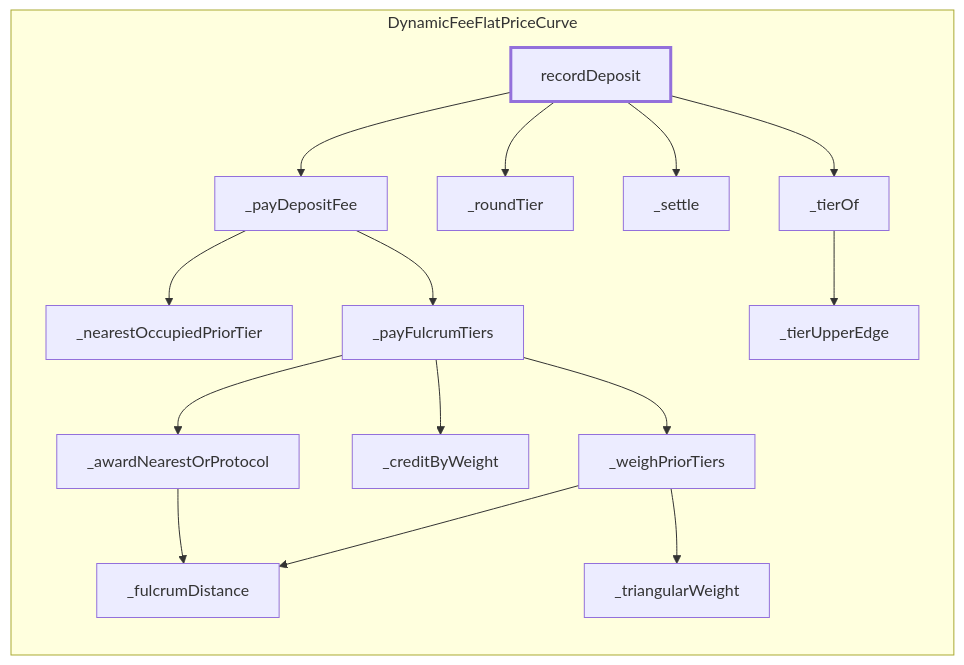
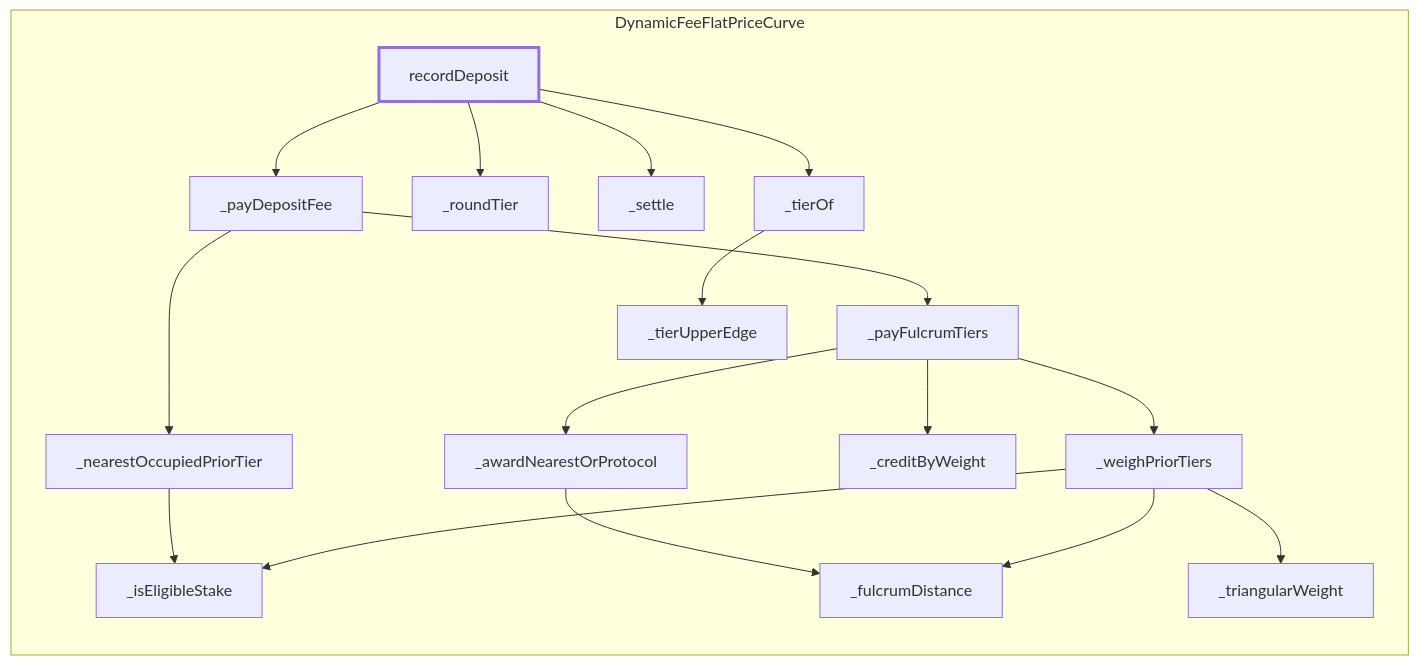
Before and after one commit to 0xIntuition/intuition-contracts-v2: the diagram in docs/call-flows/generated/curve-record-deposit.md, drawn with Mermaid. The commit also changed other lines of this file and 18 other files, not shown here.

Commit message:
docs: make published call-flow and safe-batch material self-contained

````diff
--- a/docs/call-flows/generated/curve-record-deposit.md
+++ b/docs/call-flows/generated/curve-record-deposit.md
@@ -12,32 +11,35 @@
 ```mermaid
 flowchart LR
   subgraph DynamicFeeFlatPriceCurve["DynamicFeeFlatPriceCurve"]
     DynamicFeeFlatPriceCurve__awardNearestOrProtocol["_awardNearestOrProtocol"]
     DynamicFeeFlatPriceCurve__creditByWeight["_creditByWeight"]
     DynamicFeeFlatPriceCurve__fulcrumDistance["_fulcrumDistance"]
+    DynamicFeeFlatPriceCurve__isEligibleStake["_isEligibleStake"]
     DynamicFeeFlatPriceCurve__nearestOccupiedPriorTier["_nearestOccupiedPriorTier"]
     DynamicFeeFlatPriceCurve__payDepositFee["_payDepositFee"]
     DynamicFeeFlatPriceCurve__payFulcrumTiers["_payFulcrumTiers"]
     DynamicFeeFlatPriceCurve__roundTier["_roundTier"]
     DynamicFeeFlatPriceCurve__settle["_settle"]
     DynamicFeeFlatPriceCurve__tierOf["_tierOf"]
     DynamicFeeFlatPriceCurve__tierUpperEdge["_tierUpperEdge"]
     DynamicFeeFlatPriceCurve__triangularWeight["_triangularWeight"]
     DynamicFeeFlatPriceCurve__weighPriorTiers["_weighPriorTiers"]
     DynamicFeeFlatPriceCurve_recordDeposit["recordDeposit"]
   end
   DynamicFeeFlatPriceCurve_recordDeposit --> DynamicFeeFlatPriceCurve__payDepositFee
   DynamicFeeFlatPriceCurve_recordDeposit --> DynamicFeeFlatPriceCurve__roundTier
   DynamicFeeFlatPriceCurve_recordDeposit --> DynamicFeeFlatPriceCurve__settle
   DynamicFeeFlatPriceCurve_recordDeposit --> DynamicFeeFlatPriceCurve__tierOf
   DynamicFeeFlatPriceCurve__payDepositFee --> DynamicFeeFlatPriceCurve__nearestOccupiedPriorTier
   DynamicFeeFlatPriceCurve__payDepositFee --> DynamicFeeFlatPriceCurve__payFulcrumTiers
   DynamicFeeFlatPriceCurve__tierOf --> DynamicFeeFlatPriceCurve__tierUpperEdge
+  DynamicFeeFlatPriceCurve__nearestOccupiedPriorTier --> DynamicFeeFlatPriceCurve__isEligibleStake
   DynamicFeeFlatPriceCurve__payFulcrumTiers --> DynamicFeeFlatPriceCurve__awardNearestOrProtocol
   DynamicFeeFlatPriceCurve__payFulcrumTiers --> DynamicFeeFlatPriceCurve__creditByWeight
   DynamicFeeFlatPriceCurve__payFulcrumTiers --> DynamicFeeFlatPriceCurve__weighPriorTiers
   DynamicFeeFlatPriceCurve__awardNearestOrProtocol --> DynamicFeeFlatPriceCurve__fulcrumDistance
   DynamicFeeFlatPriceCurve__weighPriorTiers --> DynamicFeeFlatPriceCurve__fulcrumDistance
+  DynamicFeeFlatPriceCurve__weighPriorTiers --> DynamicFeeFlatPriceCurve__isEligibleStake
   DynamicFeeFlatPriceCurve__weighPriorTiers --> DynamicFeeFlatPriceCurve__triangularWeight
   style DynamicFeeFlatPriceCurve_recordDeposit stroke-width:3px
 ```
````
